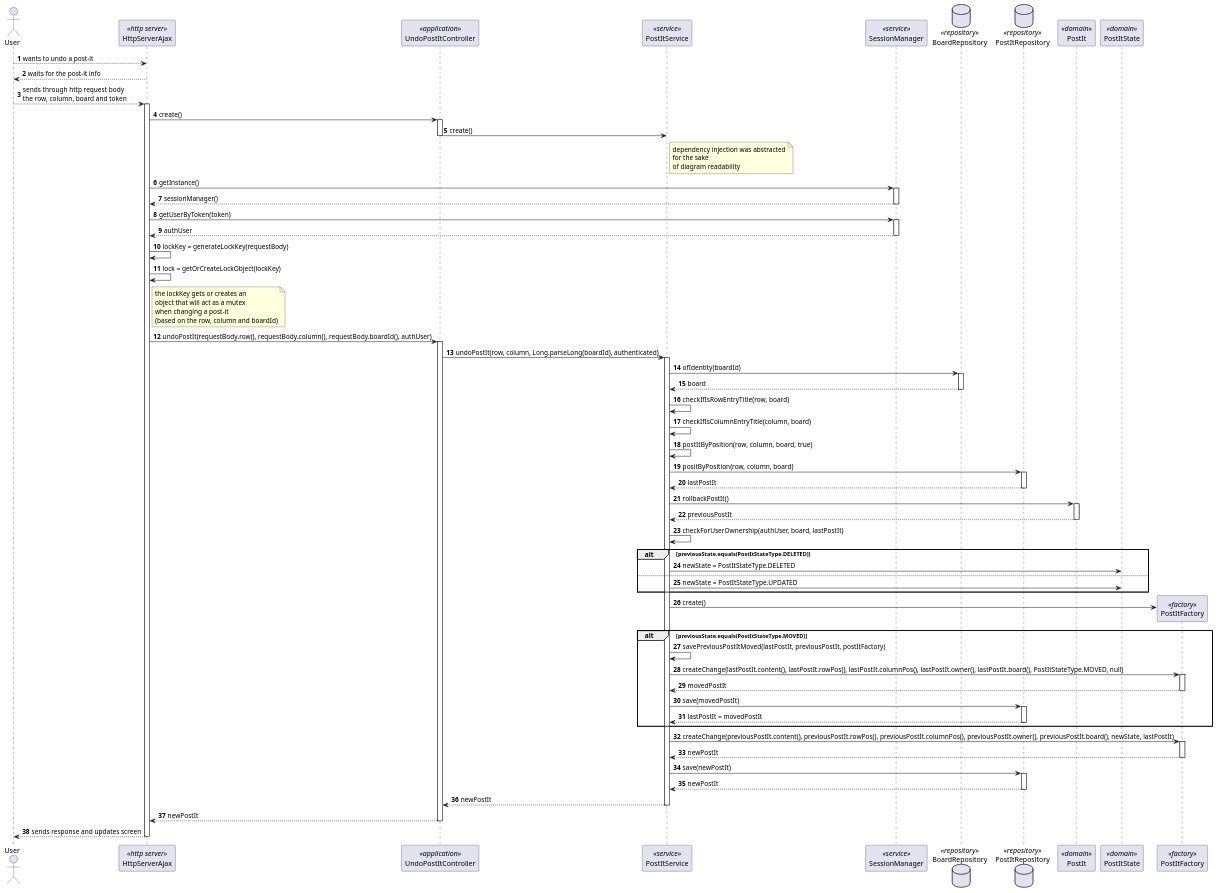
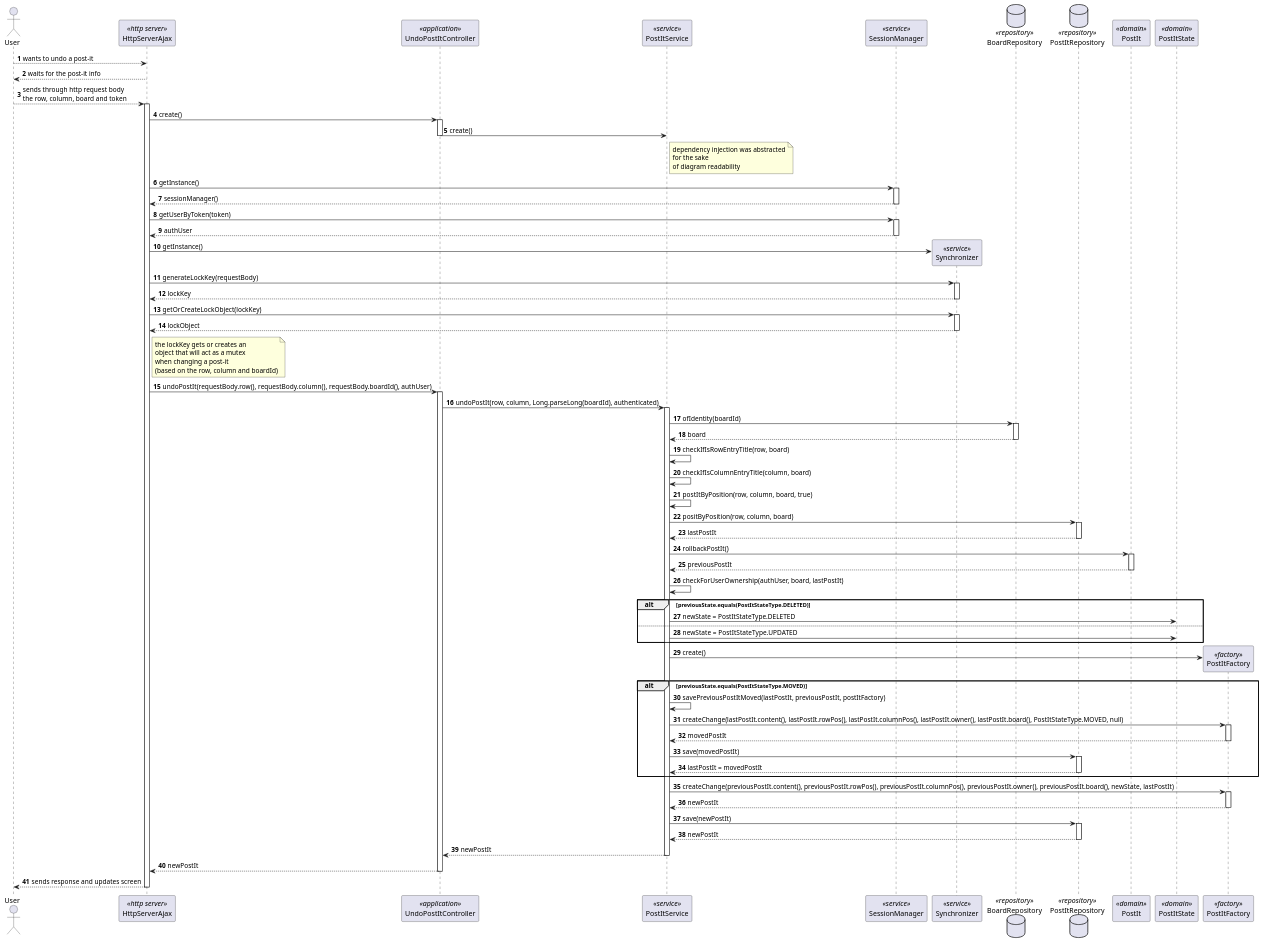
The diagram in docs/SPRINT C/US_3008/SD/SD.puml (brunacosta03/sem4pi_22_23), drawn with PlantUML before and after one commit. The commit also changed 2 other files, not shown here.

```diff
--- a/docs/SPRINT C/US_3008/SD/SD.puml
+++ b/docs/SPRINT C/US_3008/SD/SD.puml
@@ -1,171 +1,188 @@
 @startuml
 'https://plantuml.com/sequence-diagram
 
 autonumber
 
 actor User as user
 
 participant HttpServerAjax as http <<http server>>
 
 participant UndoPostItController as ctrl <<application>>
 
 participant PostItService as service <<service>>
 
 participant SessionManager as session <<service>>
+
+participant Synchronizer as sync <<service>>
 
 database BoardRepository as boardRepo <<repository>>
 
 database PostItRepository as postItRepo <<repository>>
 
 participant PostIt as postIt <<domain>>
 
 participant PostItState as state <<domain>>
 
 participant PostItFactory as factory <<factory>>
 
 
 user --> http : wants to undo a post-it
 
 http --> user : waits for the post-it info
 
 user --> http : sends through http request body \nthe row, column, board and token
 
 activate http
 
 http -> ctrl : create()
 
 activate ctrl
 
 ctrl -> service : create()
 
 note right service
     dependency injection was abstracted
     for the sake
     of diagram readability
 end note
 deactivate ctrl
 
 http -> session : getInstance()
 
 activate session
 
 session --> http : sessionManager()
 
 deactivate session
 
 http -> session : getUserByToken(token)
 
 activate session
 
 session --> http : authUser
 
 deactivate session
 
-http -> http : lockKey = generateLockKey(requestBody)
+http -> sync** : getInstance()
 
-http -> http : lock = getOrCreateLockObject(lockKey)
+
+http -> sync : generateLockKey(requestBody)
+
+activate sync
+
+sync --> http : lockKey
+
+deactivate sync
+
+http -> sync : getOrCreateLockObject(lockKey)
+
+activate sync
+
+sync --> http : lockObject
+
+deactivate sync
 
 note right http
  the lockKey gets or creates an
  object that will act as a mutex
  when changing a post-it
  (based on the row, column and boardId)
 end note
 
 http -> ctrl : undoPostIt(requestBody.row(), requestBody.column(), requestBody.boardId(), authUser)
 
 activate ctrl
 
 ctrl -> service : undoPostIt(row, column, Long.parseLong(boardId), authenticated)
 
 activate service
 
 service -> boardRepo : ofIdentity(boardId)
 
 activate boardRepo
 
 boardRepo --> service : board
 
 deactivate boardRepo
 
 service -> service : checkIfIsRowEntryTitle(row, board)
 
 service -> service : checkIfIsColumnEntryTitle(column, board)
 
 service -> service : postItByPosition(row, column, board, true)
 
 service -> postItRepo : positByPosition(row, column, board)
 activate postItRepo
 
 postItRepo --> service : lastPostIt
 
 deactivate postItRepo
 
 service -> postIt : rollbackPostIt()
 
 activate postIt
 
 postIt --> service : previousPostIt
 
 deactivate postIt
 
 service -> service : checkForUserOwnership(authUser, board, lastPostIt)
 
 alt previousState.equals(PostItStateType.DELETED)
     service -> state : newState = PostItStateType.DELETED
 else
     service -> state : newState = PostItStateType.UPDATED
 end alt
 
 service -> factory** : create()
 
 alt previousState.equals(PostItStateType.MOVED)
     service -> service : savePreviousPostItMoved(lastPostIt, previousPostIt, postItFactory)
 
     service -> factory : createChange(lastPostIt.content(), lastPostIt.rowPos(), lastPostIt.columnPos(), lastPostIt.owner(), lastPostIt.board(), PostItStateType.MOVED, null)
 
     activate factory
 
     factory --> service : movedPostIt
 
     deactivate factory
 
     service -> postItRepo : save(movedPostIt)
 
     activate postItRepo
 
     postItRepo --> service : lastPostIt = movedPostIt
 
     deactivate postItRepo
 end alt
 
 service -> factory : createChange(previousPostIt.content(), previousPostIt.rowPos(), previousPostIt.columnPos(), previousPostIt.owner(), previousPostIt.board(), newState, lastPostIt)
 
 activate factory
 
 factory --> service : newPostIt
 
 deactivate factory
 
 service -> postItRepo : save(newPostIt)
 
 activate postItRepo
 
 postItRepo --> service : newPostIt
 
 deactivate postItRepo
 
 service --> ctrl : newPostIt
 
 deactivate service
 
 ctrl --> http : newPostIt
 
 deactivate ctrl
 
 http --> user : sends response and updates screen
 
 deactivate http
 
 
 @enduml
```
